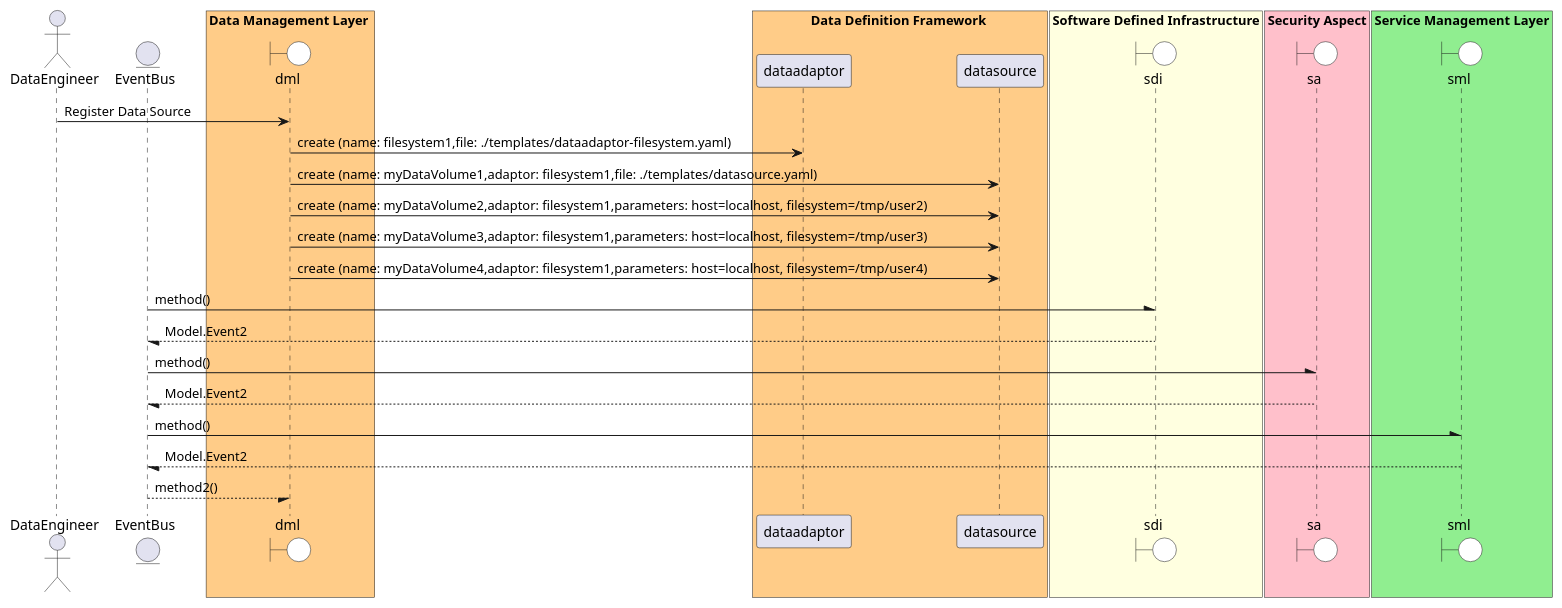
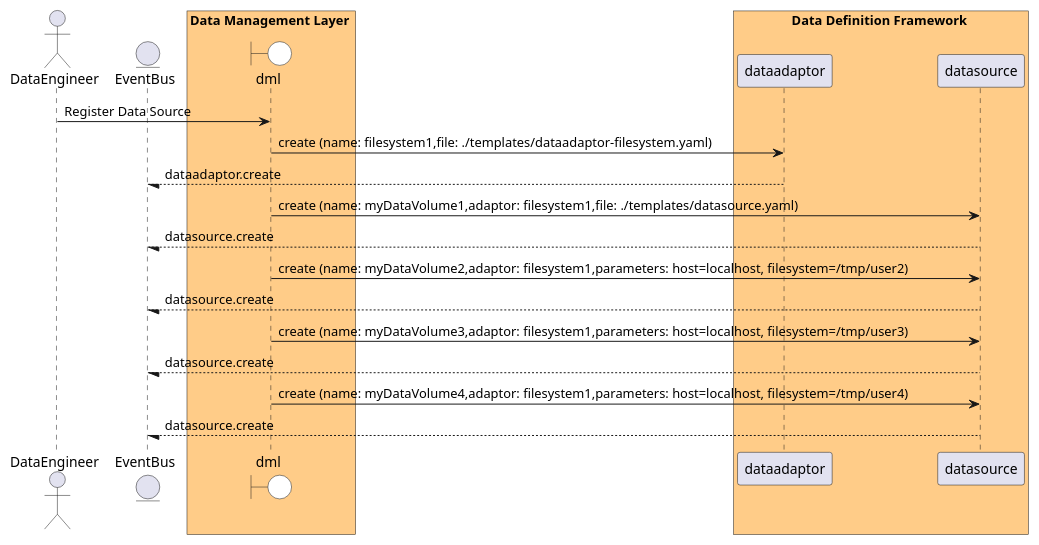
One commit to madajaju/edgemere changed the diagram in docs/edgemere/diml/dml/usecases/managedatasources/registerdatasource.puml. Above: the diagram before and after it, drawn with PlantUML. The commit also changed 1701 other files, not shown here.

```diff
--- a/docs/edgemere/diml/dml/usecases/managedatasources/registerdatasource.puml
+++ b/docs/edgemere/diml/dml/usecases/managedatasources/registerdatasource.puml
@@ -1,55 +1,43 @@
 @startuml
 
 actor "DataEngineer"
 
 
 entity EventBus
 
 box Data Management Layer #ffcc88
     boundary dml #white
 end box
 
 
 box Data Definition Framework #ffcc88
             participant dataadaptor
             participant datasource
     end box
 
 
 "DataEngineer" -> dml: Register Data Source
 
     dml -> "dataadaptor": create (name: filesystem1,file: ./templates/dataadaptor-filesystem.yaml)
 
+    "dataadaptor" --/ EventBus: dataadaptor.create
 
     dml -> "datasource": create (name: myDataVolume1,adaptor: filesystem1,file: ./templates/datasource.yaml)
 
+    "datasource" --/ EventBus: datasource.create
 
     dml -> "datasource": create (name: myDataVolume2,adaptor: filesystem1,parameters: host=localhost, filesystem=/tmp/user2)
 
+    "datasource" --/ EventBus: datasource.create
 
     dml -> "datasource": create (name: myDataVolume3,adaptor: filesystem1,parameters: host=localhost, filesystem=/tmp/user3)
 
+    "datasource" --/ EventBus: datasource.create
 
     dml -> "datasource": create (name: myDataVolume4,adaptor: filesystem1,parameters: host=localhost, filesystem=/tmp/user4)
 
+    "datasource" --/ EventBus: datasource.create
 
 
 
-box "Software Defined Infrastructure" #lightyellow
-    boundary sdi #white
-end box
-EventBus -\ sdi: method()
-sdi --/ EventBus: Model.Event2
-box "Security Aspect" #pink
-    boundary sa #white
-end box
-EventBus -\ sa: method()
-sa --/ EventBus: Model.Event2
-box "Service Management Layer" #lightgreen
-    boundary sml #white
-end box
-EventBus -\ sml: method()
-sml --/ EventBus: Model.Event2
-
-EventBus --/ dml : method2()
 @enduml
```
